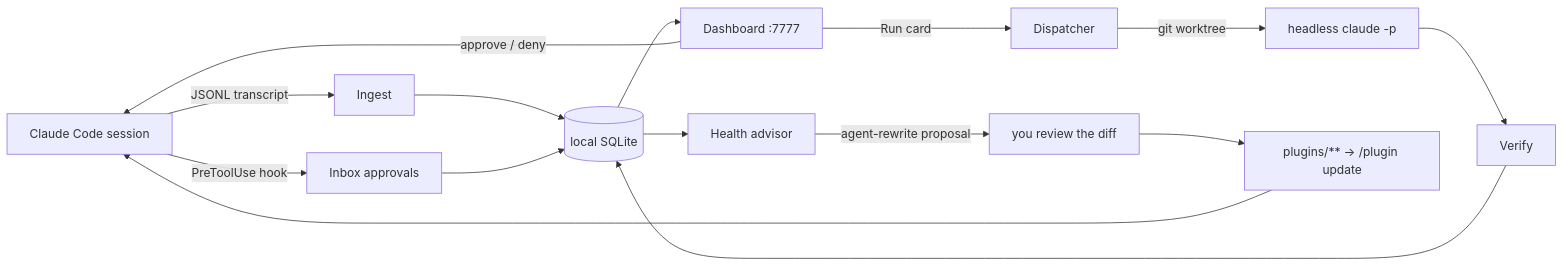
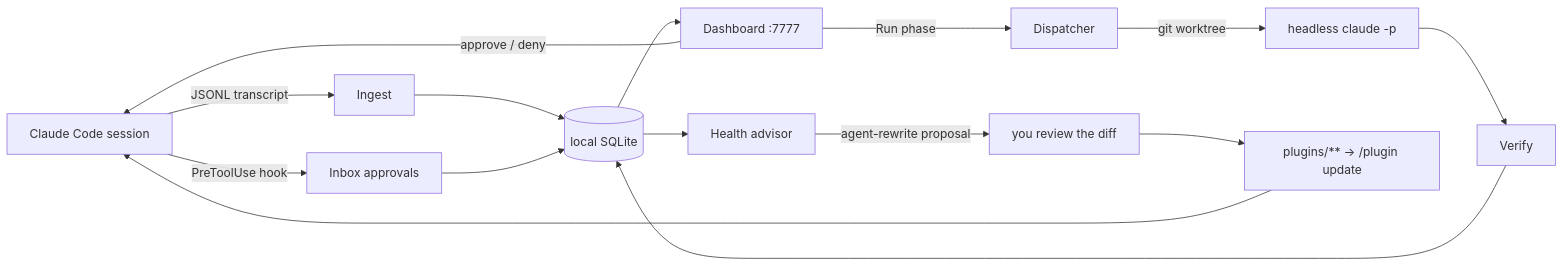
Before and after one commit to atretyak1985/swarmery: the diagram in README.md, drawn with Mermaid. The commit also changed other lines of this file and 2 other files, not shown here.

````diff
--- a/README.md
+++ b/README.md
@@ -162,17 +190,17 @@
 ```mermaid
 flowchart LR
     CC["Claude Code session"] -->|JSONL transcript| ING[Ingest]
     CC -->|PreToolUse hook| APPR[Inbox approvals]
     ING --> DB[(local SQLite)]
     APPR --> DB
     DB --> UI["Dashboard :7777"]
     UI -->|approve / deny| CC
-    UI -->|Run card| DISP[Dispatcher]
+    UI -->|Run phase| DISP[Dispatcher]
     DISP -->|git worktree| AGENT["headless claude -p"]
     AGENT --> VER[Verify]
     VER --> DB
     DB --> ADV[Health advisor]
     ADV -->|agent-rewrite proposal| REVIEW["you review the diff"]
     REVIEW --> PLUGINS["plugins/** → /plugin update"]
     PLUGINS --> CC
 ```
````
